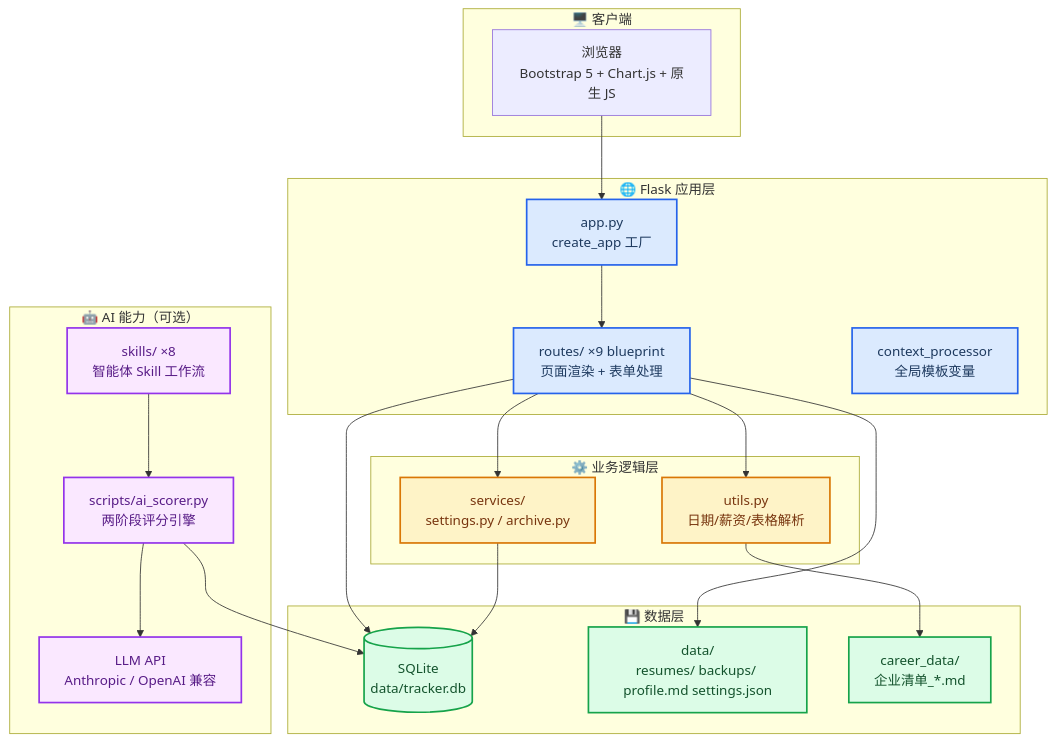
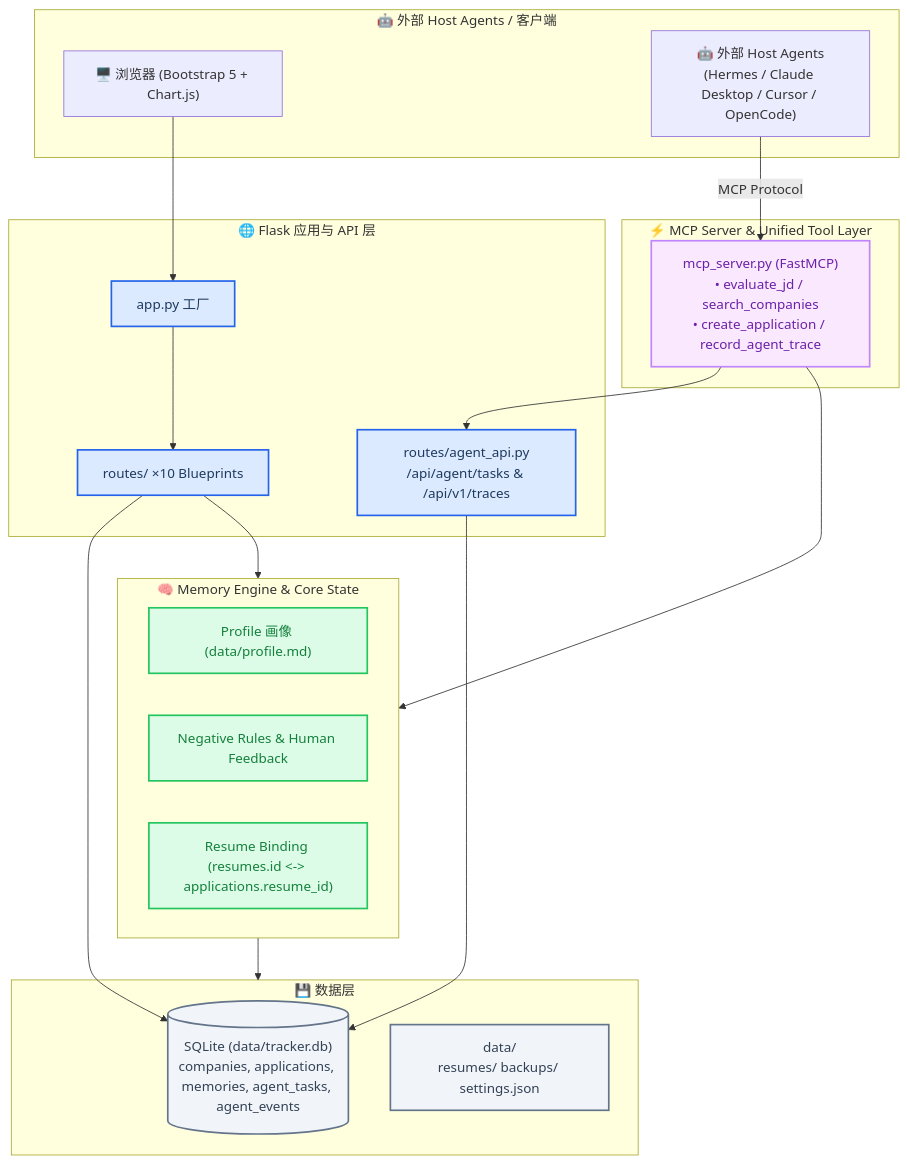
Before and after one commit to wangyh775/JHTracker: the first of 3 diagrams in docs/architecture.md, drawn with Mermaid. The commit also changed other lines of this file and 174 other files, not shown here.

````diff
--- a/docs/architecture.md
+++ b/docs/architecture.md
@@ -11,54 +11,51 @@
 ```mermaid
 flowchart TB
-    accTitle: Layered Architecture
-    accDescr: Client to presentation to business services to data layer, with AI skills as external optional integration
+    accTitle: JHTracker Agent-Native Career OS Architecture
+    accDescr: Client and external host agents interact through MCP Server and Unified Tool Layer with Memory Engine, Agent Task & Trace Feed, and SQLite Storage
 
-    subgraph client ["🖥️ 客户端"]
-        browser["浏览器<br/>Bootstrap 5 + Chart.js + 原生 JS"]
+    subgraph hosts ["🤖 外部 Host Agents / 客户端"]
+        browser["🖥️ 浏览器 (Bootstrap 5 + Chart.js)"]
+        external_agents["🤖 外部 Host Agents<br/>(Hermes / Claude Desktop / Cursor / OpenCode)"]
     end
 
-    subgraph flask ["🌐 Flask 应用层"]
-        factory["app.py<br/>create_app 工厂"]
-        bp["routes/ ×9 blueprint<br/>页面渲染 + 表单处理"]
-        ctx["context_processor<br/>全局模板变量"]
+    subgraph mcp ["⚡ MCP Server & Unified Tool Layer"]
+        mcp_tools["mcp_server.py (FastMCP)<br/>• evaluate_jd / search_companies<br/>• create_application / record_agent_trace"]
     end
 
-    subgraph biz ["⚙️ 业务逻辑层"]
-        services["services/<br/>settings.py / archive.py"]
-        utils["utils.py<br/>日期/薪资/表格解析"]
+    subgraph app ["🌐 Flask 应用与 API 层"]
+        factory["app.py 工厂"]
+        bp["routes/ ×10 Blueprints"]
+        agent_api["routes/agent_api.py<br/>/api/agent/tasks & /api/v1/traces"]
     end
 
-    subgraph data ["💾 数据层"]
-        db[("SQLite<br/>data/tracker.db")]
-        files["data/<br/>resumes/ backups/ profile.md settings.json"]
-        career["career_data/<br/>企业清单_*.md"]
+    subgraph engine ["🧠 Memory Engine & Core State"]
+        profile["Profile 画像 (data/profile.md)"]
+        memories["Negative Rules & Human Feedback"]
+        resume_bind["Resume Binding (resumes.id <-> applications.resume_id)"]
     end
 
-    subgraph ai ["🤖 AI 能力（可选）"]
-        scorer["scripts/ai_scorer.py<br/>两阶段评分引擎"]
-        skills["skills/ ×8<br/>智能体 Skill 工作流"]
-        llm["LLM API<br/>Anthropic / OpenAI 兼容"]
+    subgraph storage ["💾 数据层"]
+        db[("SQLite (data/tracker.db)<br/>companies, applications, memories, agent_tasks, agent_events")]
+        files["data/<br/>resumes/ backups/ settings.json"]
     end
 
     browser --> factory
+    external_agents -->|MCP Protocol| mcp_tools
+    mcp_tools --> engine
+    mcp_tools --> agent_api
     factory --> bp
-    bp --> services
-    bp --> utils
+    bp --> engine
     bp --> db
-    bp --> files
-    services --> db
-    utils --> career
-    scorer --> db
-    skills --> scorer
-    scorer --> llm
+    agent_api --> db
+    engine --> storage
 
     classDef app fill:#dbeafe,stroke:#2563eb,stroke-width:2px,color:#1e3a5f
-    classDef biz fill:#fef3c7,stroke:#d97706,stroke-width:2px,color:#78350f
-    classDef data fill:#dcfce7,stroke:#16a34a,stroke-width:2px,color:#14532d
-    classDef ai fill:#fae8ff,stroke:#9333ea,stroke-width:2px,color:#581c87
+    classDef mcp fill:#fae8ff,stroke:#c084fc,stroke-width:2px,color:#6b21a8
+    classDef engine fill:#dcfce7,stroke:#22c55e,stroke-width:2px,color:#15803d
+    classDef storage fill:#f1f5f9,stroke:#64748b,stroke-width:2px,color:#334155
 
-    class factory,bp,ctx app
-    class services,utils biz
-    class db,files,career data
-    class scorer,skills,llm ai
+    class factory,bp,agent_api app
+    class mcp_tools mcp
+    class profile,memories,resume_bind engine
+    class db,files storage
 ```
````
